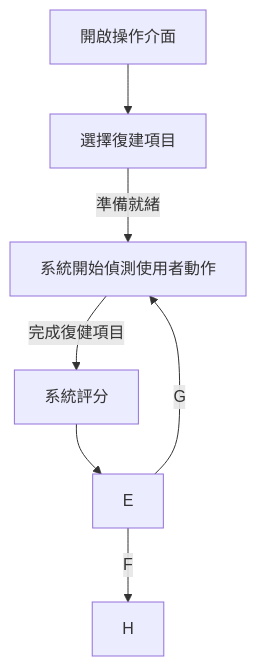
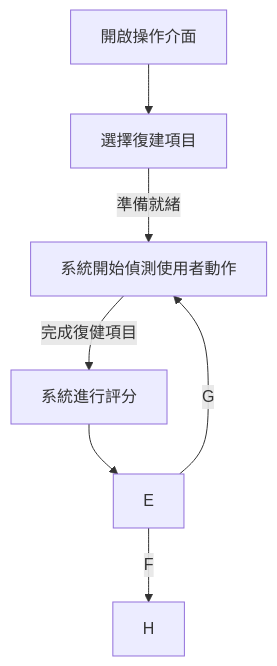
One commit to jamie-commander/Python_MediaPipe_Tk changed the diagram in README.md. Above: the diagram before and after it, drawn with Mermaid.

````diff
--- a/README.md
+++ b/README.md
@@ -4,9 +4,9 @@
 ```mermaid
         graph TD
         Big_Data_Catch[開啟操作介面] --> Calc[選擇復建項目]
         Calc -- 準備就緒 --> Analysis[系統開始偵測使用者動作]
-        Analysis -- 完成復健項目 --> feature[系統評分]
+        Analysis -- 完成復健項目 --> feature[系統進行評分]
         feature --> backtrader[E]
         backtrader -- F --> result[H]
         backtrader -- G --> Analysis
 ```
````
